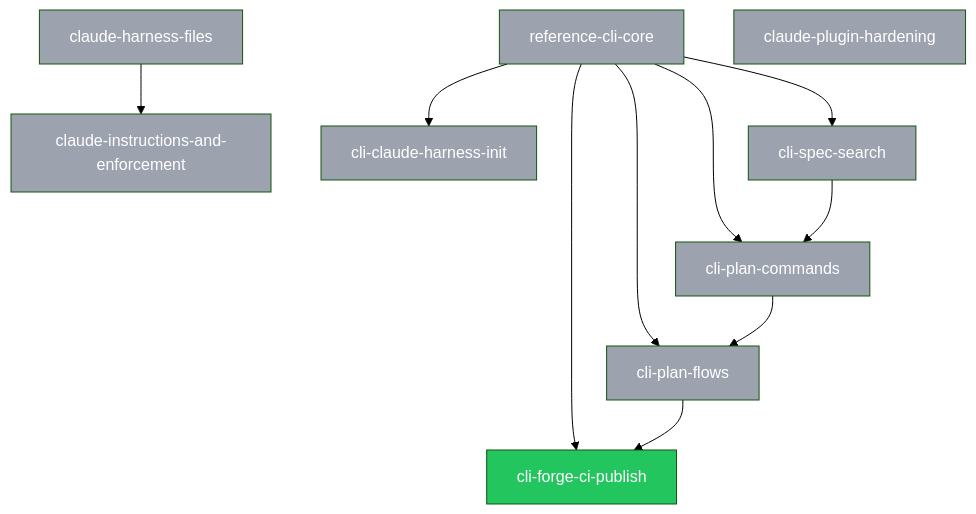
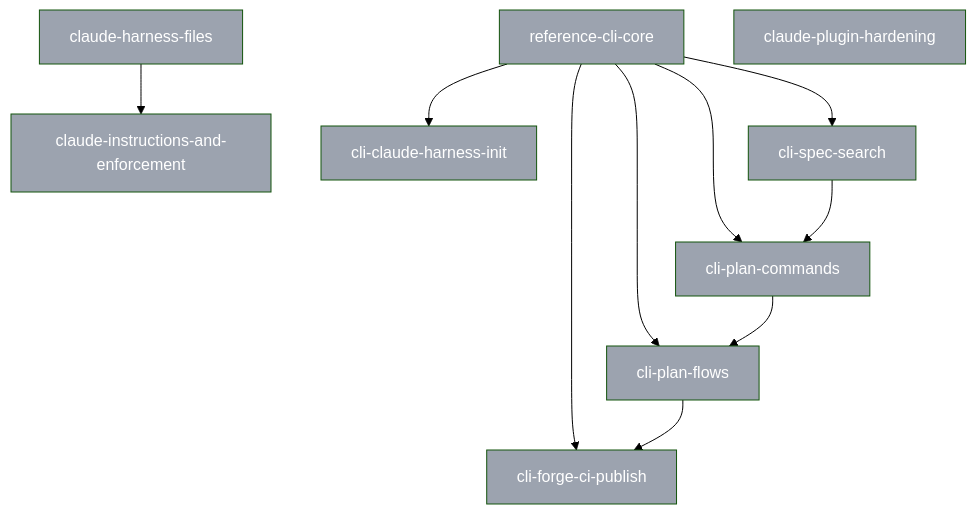
Before and after one commit to SpiralSky/specplane: the diagram in plans/PLANS.md, drawn with Mermaid (forest theme). The commit also changed other lines of this file, not shown here.

````diff
--- a/plans/PLANS.md
+++ b/plans/PLANS.md
@@ -26,28 +25,28 @@
 ```mermaid
 graph TD
     p_2026_10_28_reference_cli_core[reference-cli-core]:::done
     p_2026_10_29_claude_harness_files[claude-harness-files]:::done
     p_2026_10_29_claude_instructions_and_enforcement[claude-instructions-and-enforcement]:::done
     p_2026_10_29_claude_plugin_hardening[claude-plugin-hardening]:::done
     p_2026_10_29_cli_claude_harness_init[cli-claude-harness-init]:::done
-    p_2026_10_29_cli_forge_ci_publish[cli-forge-ci-publish]:::ready
+    p_2026_10_29_cli_forge_ci_publish[cli-forge-ci-publish]:::done
     p_2026_10_29_cli_plan_commands[cli-plan-commands]:::done
     p_2026_10_29_cli_plan_flows[cli-plan-flows]:::done
     p_2026_10_29_cli_spec_search[cli-spec-search]:::done
     p_2026_10_29_claude_harness_files --> p_2026_10_29_claude_instructions_and_enforcement
     p_2026_10_28_reference_cli_core --> p_2026_10_29_cli_claude_harness_init
     p_2026_10_28_reference_cli_core --> p_2026_10_29_cli_forge_ci_publish
     p_2026_10_29_cli_plan_flows --> p_2026_10_29_cli_forge_ci_publish
     p_2026_10_28_reference_cli_core --> p_2026_10_29_cli_plan_commands
     p_2026_10_29_cli_spec_search --> p_2026_10_29_cli_plan_commands
     p_2026_10_28_reference_cli_core --> p_2026_10_29_cli_plan_flows
     p_2026_10_29_cli_plan_commands --> p_2026_10_29_cli_plan_flows
     p_2026_10_28_reference_cli_core --> p_2026_10_29_cli_spec_search
     classDef draft fill:#f9fafb,color:#374151,stroke:#d1d5db
     classDef ready fill:#22c55e,color:#fff
     classDef blocked fill:#ef4444,color:#fff
     classDef in_progress fill:#3b82f6,color:#fff
     classDef review fill:#60a5fa,color:#fff
     classDef done fill:#9ca3af,color:#fff
     classDef abandoned fill:#9ca3af,color:#fff,text-decoration:line-through
 ```
````
